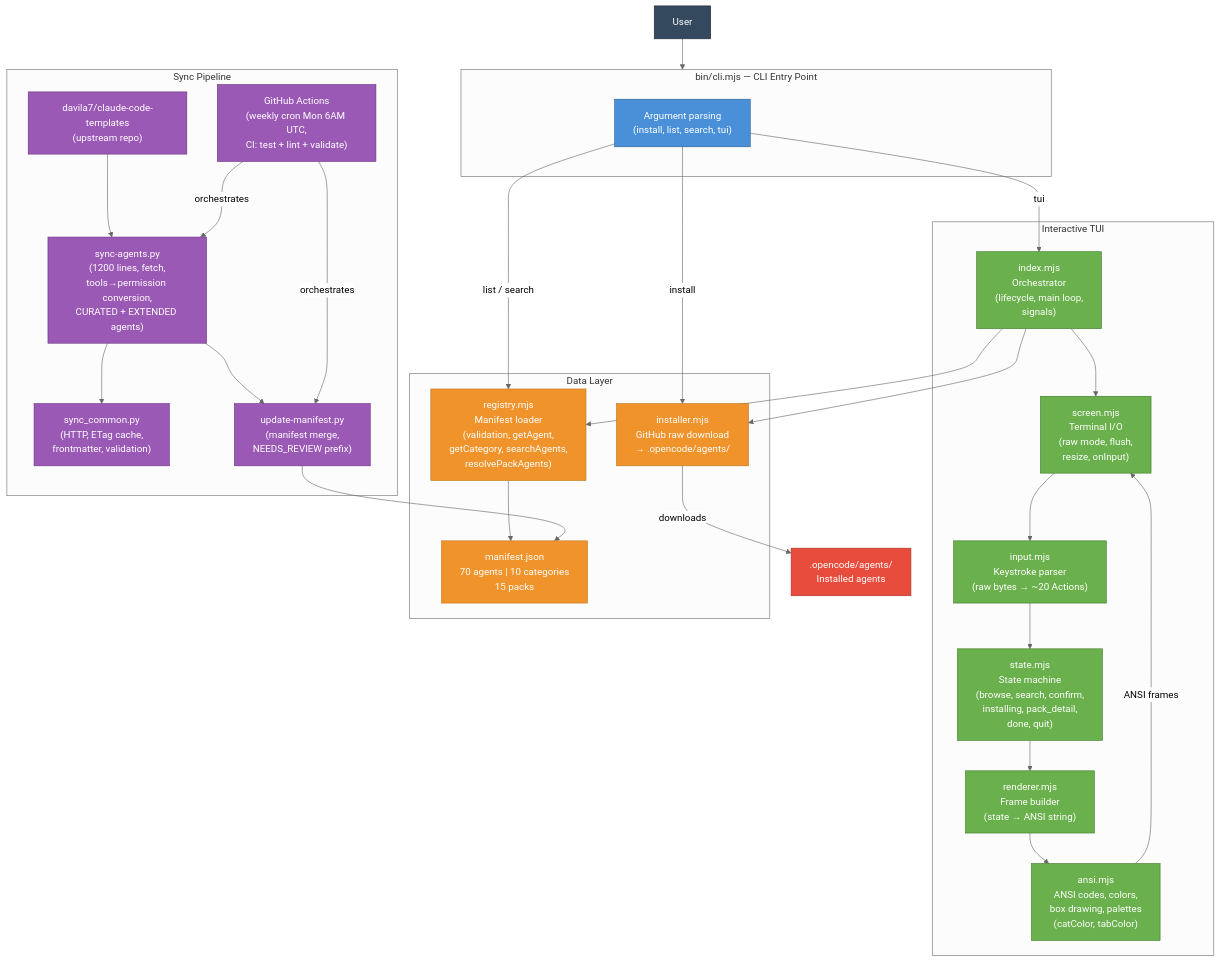
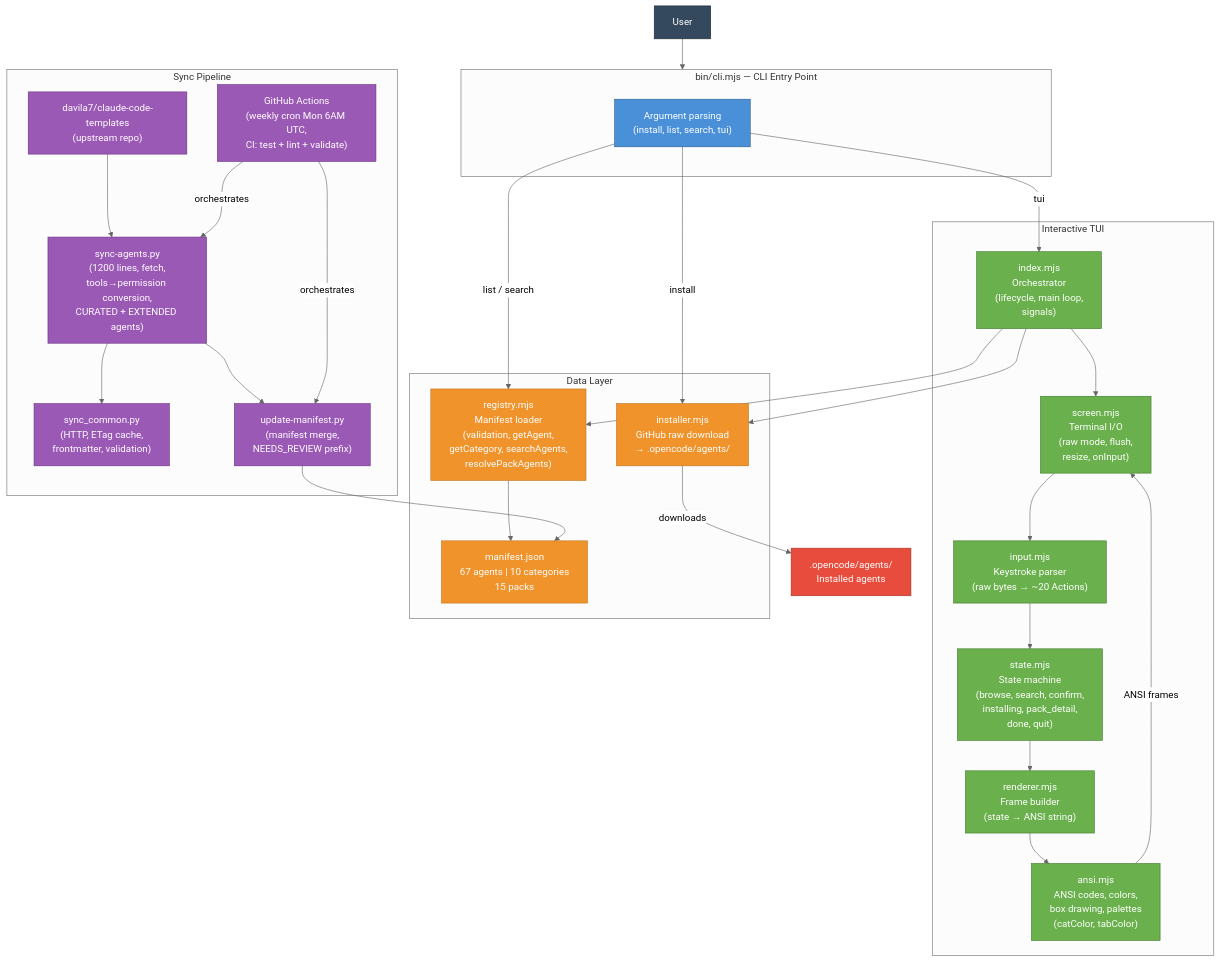
Before and after one commit to dmicheneau/opencode-template-agent: the diagram in README.en.md, drawn with Mermaid (neutral theme). The commit also changed other lines of this file and 3 other files, not shown here.

````diff
--- a/README.en.md
+++ b/README.en.md
@@ -112,71 +112,71 @@
 ```mermaid
 flowchart TB
     User["User"]
 
     subgraph CLI["bin/cli.mjs — CLI Entry Point"]
         Parse["Argument parsing<br/>(install, list, search, tui)"]
     end
 
     subgraph TUI["Interactive TUI"]
         Index["index.mjs<br/>Orchestrator<br/>(lifecycle, main loop,<br/>signals)"]
         Screen["screen.mjs<br/>Terminal I/O<br/>(raw mode, flush,<br/>resize, onInput)"]
         Input["input.mjs<br/>Keystroke parser<br/>(raw bytes → ~20 Actions)"]
         State["state.mjs<br/>State machine<br/>(browse, search, confirm,<br/>installing, pack_detail,<br/>done, quit)"]
         Renderer["renderer.mjs<br/>Frame builder<br/>(state → ANSI string)"]
         Ansi["ansi.mjs<br/>ANSI codes, colors,<br/>box drawing, palettes<br/>(catColor, tabColor)"]
     end
 
     subgraph Data["Data Layer"]
         Registry["registry.mjs<br/>Manifest loader<br/>(validation, getAgent,<br/>getCategory, searchAgents,<br/>resolvePackAgents)"]
-        Manifest["manifest.json<br/>70 agents | 10 categories<br/>15 packs"]
+        Manifest["manifest.json<br/>67 agents | 10 categories<br/>15 packs"]
         Installer["installer.mjs<br/>GitHub raw download<br/>→ .opencode/agents/"]
     end
 
     subgraph Sync["Sync Pipeline"]
         Upstream["davila7/claude-code-templates<br/>(upstream repo)"]
         SyncScript["sync-agents.py<br/>(1200 lines, fetch,<br/>tools→permission conversion,<br/>CURATED + EXTENDED agents)"]
         SyncCommon["sync_common.py<br/>(HTTP, ETag cache,<br/>frontmatter, validation)"]
         UpdateManifest["update-manifest.py<br/>(manifest merge,<br/>NEEDS_REVIEW prefix)"]
         GHA["GitHub Actions<br/>(weekly cron Mon 6AM UTC,<br/>CI: test + lint + validate)"]
     end
 
     LocalDir[".opencode/agents/<br/>Installed agents"]
 
     User --> CLI
     Parse -->|"tui"| Index
     Parse -->|"install"| Installer
     Parse -->|"list / search"| Registry
 
     Index --> Screen
     Screen --> Input
     Input --> State
     State --> Renderer
     Renderer --> Ansi
     Ansi -->|"ANSI frames"| Screen
 
     Index --> Registry
     Index --> Installer
     Registry --> Manifest
     Installer -->|"downloads"| LocalDir
 
     Upstream --> SyncScript
     SyncScript --> SyncCommon
     SyncScript --> UpdateManifest
     UpdateManifest --> Manifest
     GHA -->|"orchestrates"| SyncScript
     GHA -->|"orchestrates"| UpdateManifest
 
     classDef entrypoint fill:#4a90d9,stroke:#2c5f8a,color:#fff
     classDef tui fill:#6ab04c,stroke:#3d7a28,color:#fff
     classDef data fill:#f0932b,stroke:#c0741e,color:#fff
     classDef sync fill:#9b59b6,stroke:#6c3483,color:#fff
     classDef storage fill:#e74c3c,stroke:#a93226,color:#fff
     classDef user fill:#34495e,stroke:#1c2833,color:#fff
 
     class User user
     class Parse entrypoint
     class Index,Screen,Input,State,Renderer,Ansi tui
     class Registry,Manifest,Installer data
     class Upstream,SyncScript,SyncCommon,UpdateManifest,GHA sync
     class LocalDir storage
 ```
````
